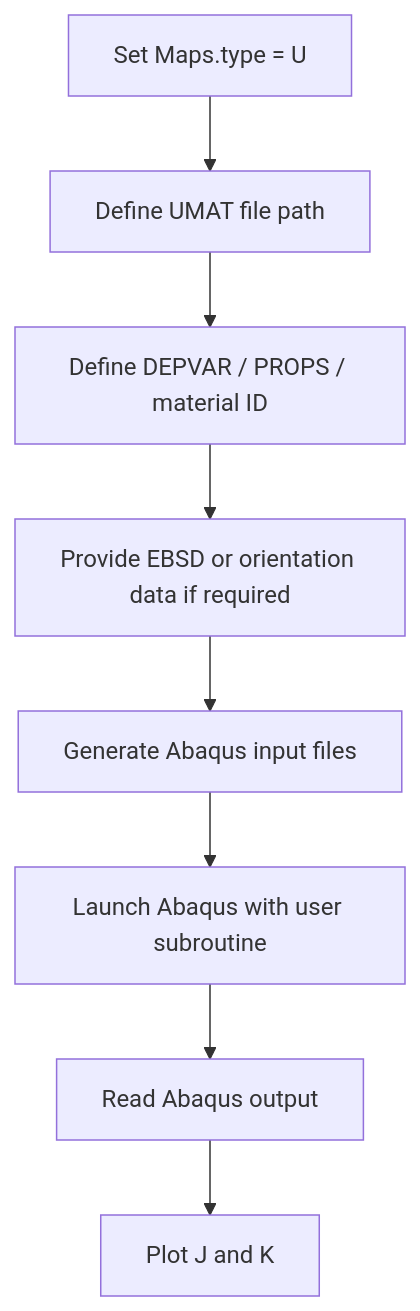
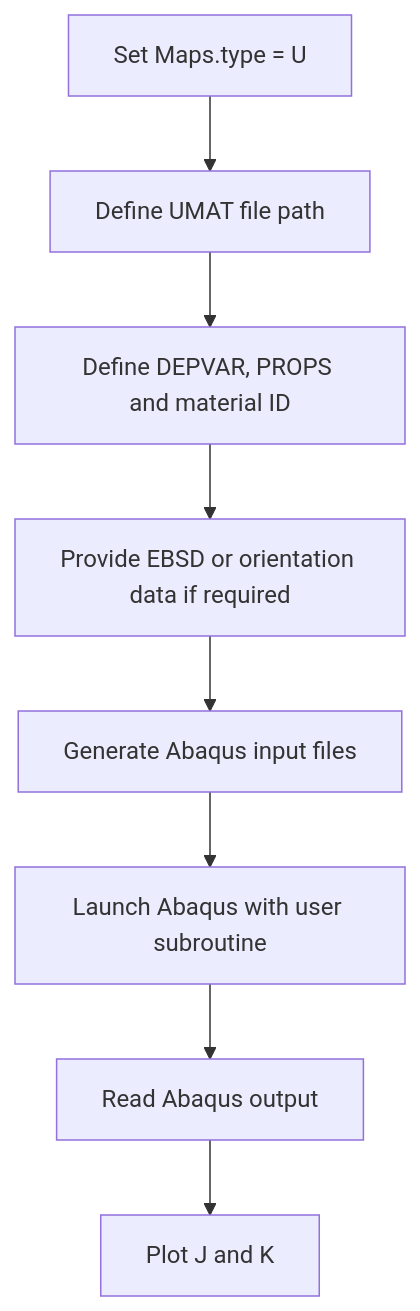
Before and after one commit to Shi2oon/DIC2ABAQUS: the second of 3 diagrams in README.md, drawn with Mermaid. The commit also changed other lines of this file, not shown here.

````diff
--- a/README.md
+++ b/README.md
@@ -481,10 +447,10 @@
 ```mermaid
 flowchart TD
     A[Set Maps.type = U] --> B[Define UMAT file path]
-    B --> C[Define DEPVAR / PROPS / material ID]
+    B --> C[Define DEPVAR, PROPS and material ID]
     C --> D[Provide EBSD or orientation data if required]
     D --> E[Generate Abaqus input files]
     E --> F[Launch Abaqus with user subroutine]
     F --> G[Read Abaqus output]
     G --> H[Plot J and K]
 ```
````
